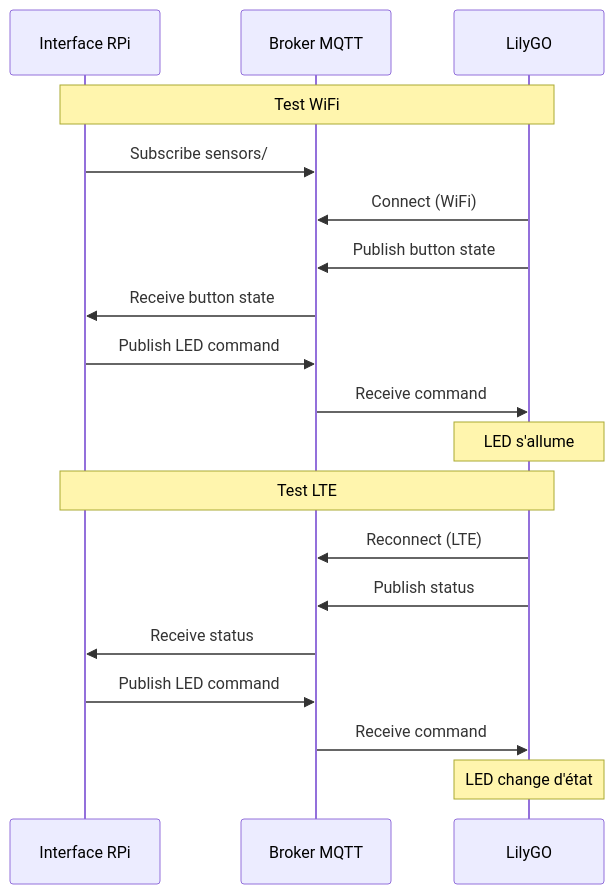
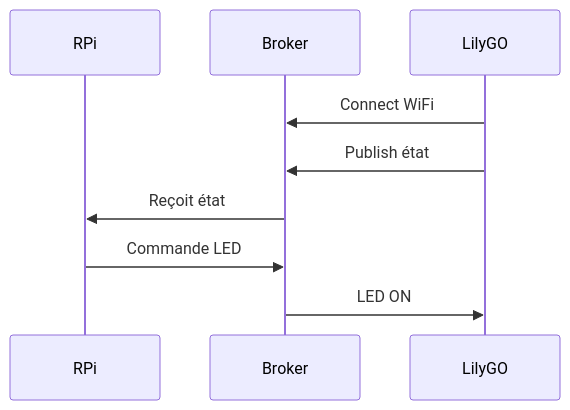
One commit to fpoisson2/243-4J5-LI changed diagram 12 of 12 in theorie/Semaine-03/diaporama/slides.md. Above: the diagram before and after it, drawn with Mermaid. The commit also changed other lines of this file, not shown here.

Commit message:
Correction débordement slide démonstration attendue
- Layout côte à côte (diagramme simplifié + liste des tests)
- Réduction de l'échelle du diagramme séquence

🤖 Generated with [Claude Code](https://claude.com/claude-code)

````diff
--- a/theorie/Semaine-03/diaporama/slides.md
+++ b/theorie/Semaine-03/diaporama/slides.md
@@ -1316,27 +1317,12 @@
-```mermaid {scale: 0.6}
+```mermaid {scale: 0.4}
 sequenceDiagram
-    participant UI as Interface RPi
-    participant MQTT as Broker MQTT
-    participant LILYGO as LilyGO
+    participant UI as RPi
+    participant MQTT as Broker
+    participant DEV as LilyGO
 
-    Note over UI,LILYGO: Test WiFi
-
-    UI->>MQTT: Subscribe sensors/#
-    LILYGO->>MQTT: Connect (WiFi)
-    LILYGO->>MQTT: Publish button state
-    MQTT->>UI: Receive button state
-
-    UI->>MQTT: Publish LED command
-    MQTT->>LILYGO: Receive command
-    Note over LILYGO: LED s'allume
-
-    Note over UI,LILYGO: Test LTE
-
-    LILYGO->>MQTT: Reconnect (LTE)
-    LILYGO->>MQTT: Publish status
-    MQTT->>UI: Receive status
-
-    UI->>MQTT: Publish LED command
-    MQTT->>LILYGO: Receive command
-    Note over LILYGO: LED change d'état
+    DEV->>MQTT: Connect WiFi
+    DEV->>MQTT: Publish état
+    MQTT->>UI: Reçoit état
+    UI->>MQTT: Commande LED
+    MQTT->>DEV: LED ON
 ```
````
